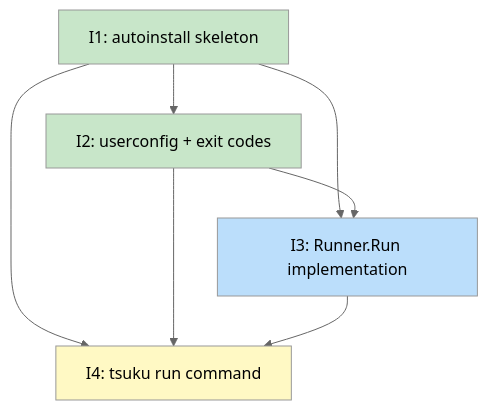
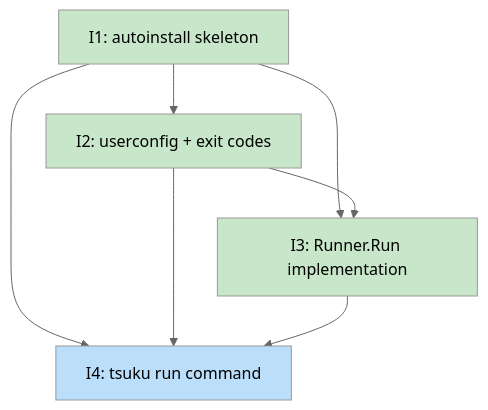
Before and after one commit to tsukumogami/tsuku: the diagram in docs/plans/PLAN-auto-install.md, drawn with Mermaid (neutral theme). The commit also changed other lines of this file and 3 other files, not shown here.

````diff
--- a/docs/plans/PLAN-auto-install.md
+++ b/docs/plans/PLAN-auto-install.md
@@ -127,28 +127,27 @@
 ```mermaid
 graph TD
     I1["I1: autoinstall skeleton"]
     I2["I2: userconfig + exit codes"]
     I3["I3: Runner.Run implementation"]
     I4["I4: tsuku run command"]
 
     I1 --> I2
     I1 --> I3
     I2 --> I3
     I1 --> I4
     I2 --> I4
     I3 --> I4
 
     classDef done fill:#c8e6c9
     classDef ready fill:#bbdefb
     classDef blocked fill:#fff9c4
     classDef needsDesign fill:#e1bee7
     classDef needsPrd fill:#b3e5fc
     classDef needsSpike fill:#ffcdd2
     classDef needsDecision fill:#d1c4e9
     classDef tracksDesign fill:#FFE0B2,stroke:#F57C00,color:#000
     classDef tracksPlan fill:#FFE0B2,stroke:#F57C00,color:#000
 
-    class I1,I2 done
-    class I3 ready
-    class I4 blocked
+    class I1,I2,I3 done
+    class I4 ready
 ```
````
